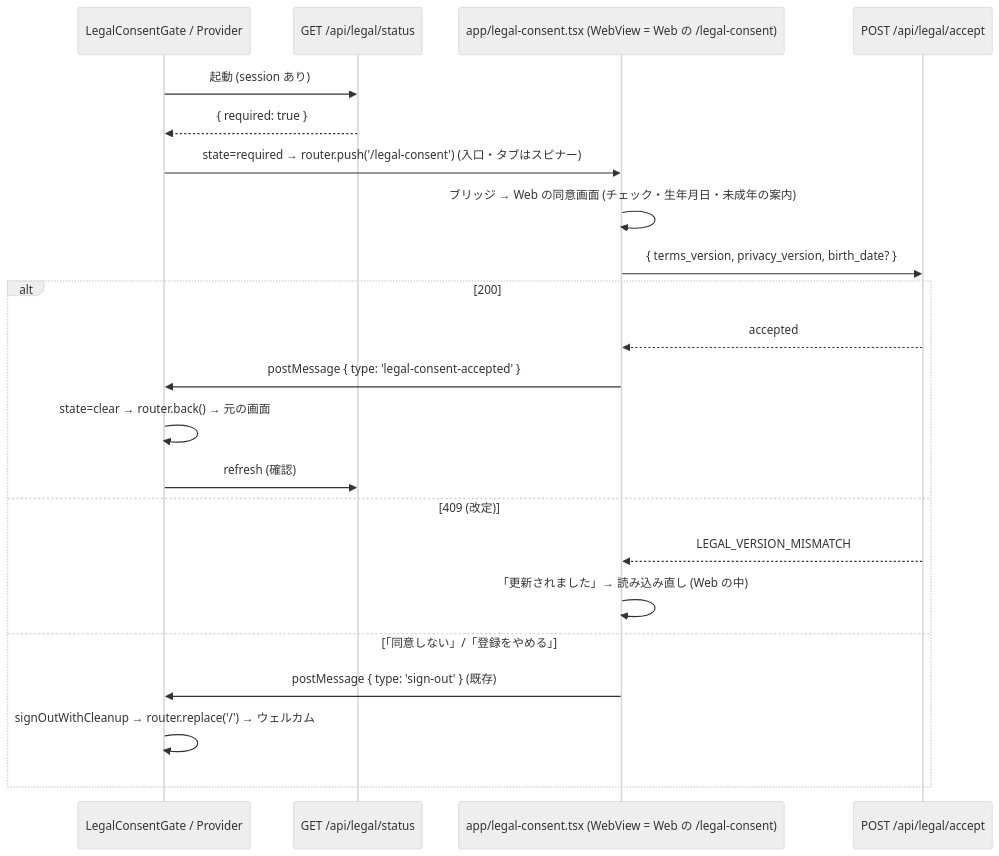
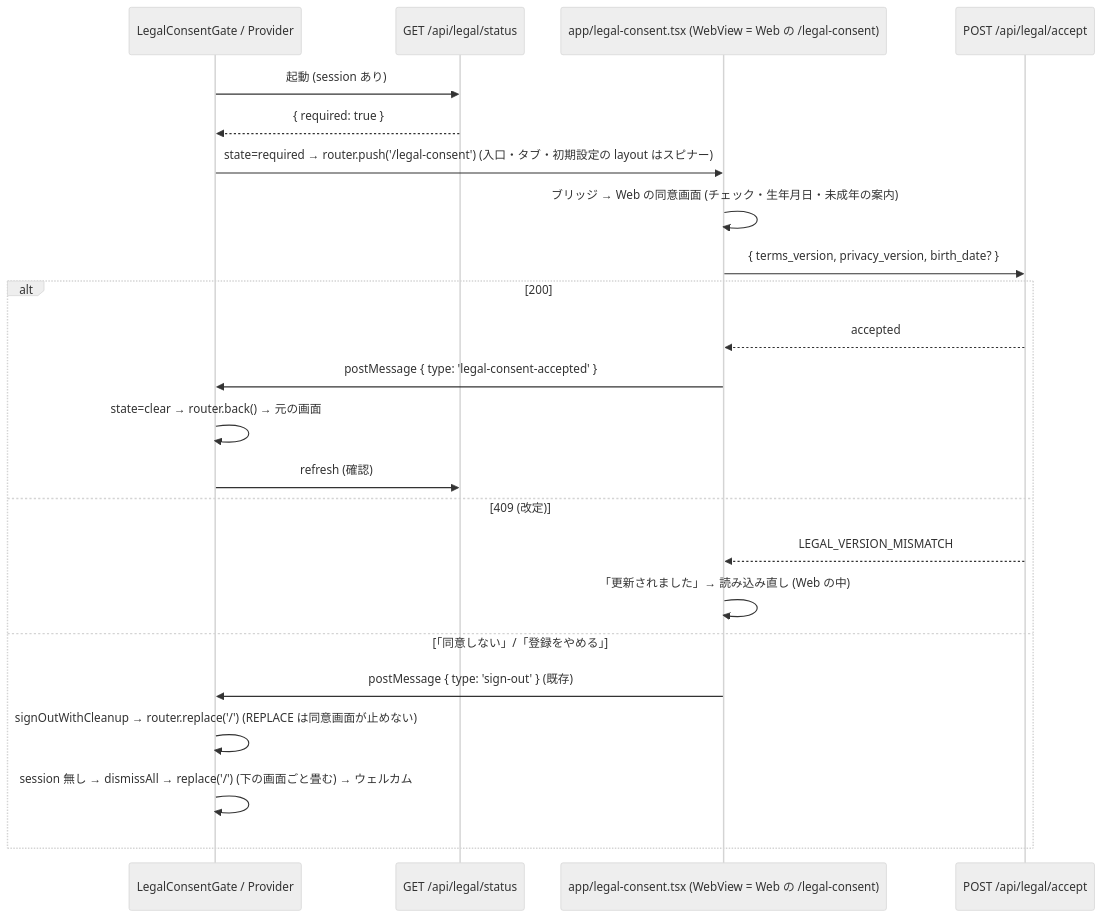
Before and after one commit to DaisukeHori/homegohan-app: the diagram in docs/design/cross/13b-legal-consent-mobile.md, drawn with Mermaid (neutral theme). The commit also changed other lines of this file, not shown here.

````diff
--- a/docs/design/cross/13b-legal-consent-mobile.md
+++ b/docs/design/cross/13b-legal-consent-mobile.md
@@ -826,24 +999,25 @@
 ```mermaid
 sequenceDiagram
     participant G as LegalConsentGate / Provider
     participant S as GET /api/legal/status
     participant W as app/legal-consent.tsx (WebView = Web の /legal-consent)
     participant P as POST /api/legal/accept
     G->>S: 起動 (session あり)
     S-->>G: { required: true }
-    G->>W: state=required → router.push('/legal-consent') (入口・タブはスピナー)
+    G->>W: state=required → router.push('/legal-consent') (入口・タブ・初期設定の layout はスピナー)
     W->>W: ブリッジ → Web の同意画面 (チェック・生年月日・未成年の案内)
     W->>P: { terms_version, privacy_version, birth_date? }
     alt 200
         P-->>W: accepted
         W->>G: postMessage { type: 'legal-consent-accepted' }
         G->>G: state=clear → router.back() → 元の画面
         G->>S: refresh (確認)
     else 409 (改定)
         P-->>W: LEGAL_VERSION_MISMATCH
         W->>W: 「更新されました」→ 読み込み直し (Web の中)
     else 「同意しない」/「登録をやめる」
         W->>G: postMessage { type: 'sign-out' } (既存)
-        G->>G: signOutWithCleanup → router.replace('/') → ウェルカム
+        G->>G: signOutWithCleanup → router.replace('/') (REPLACE は同意画面が止めない)
+        G->>G: session 無し → dismissAll → replace('/') (下の画面ごと畳む) → ウェルカム
     end
 ```
````
